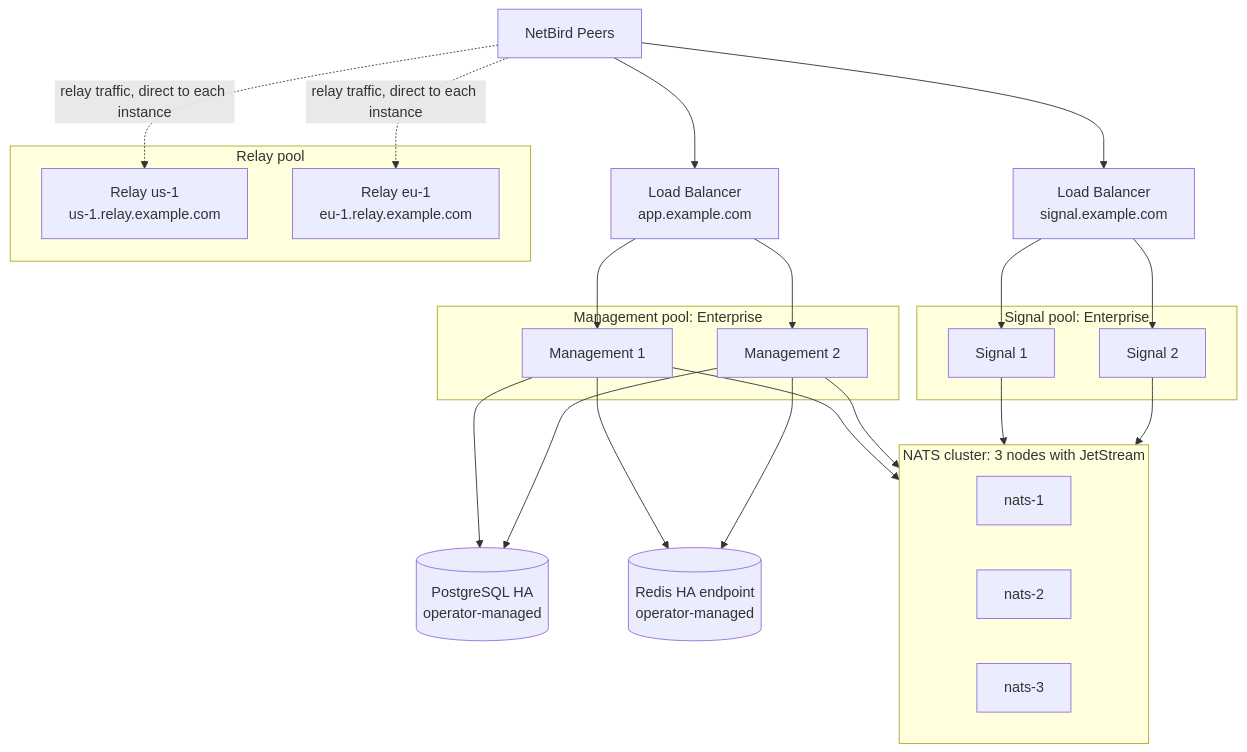
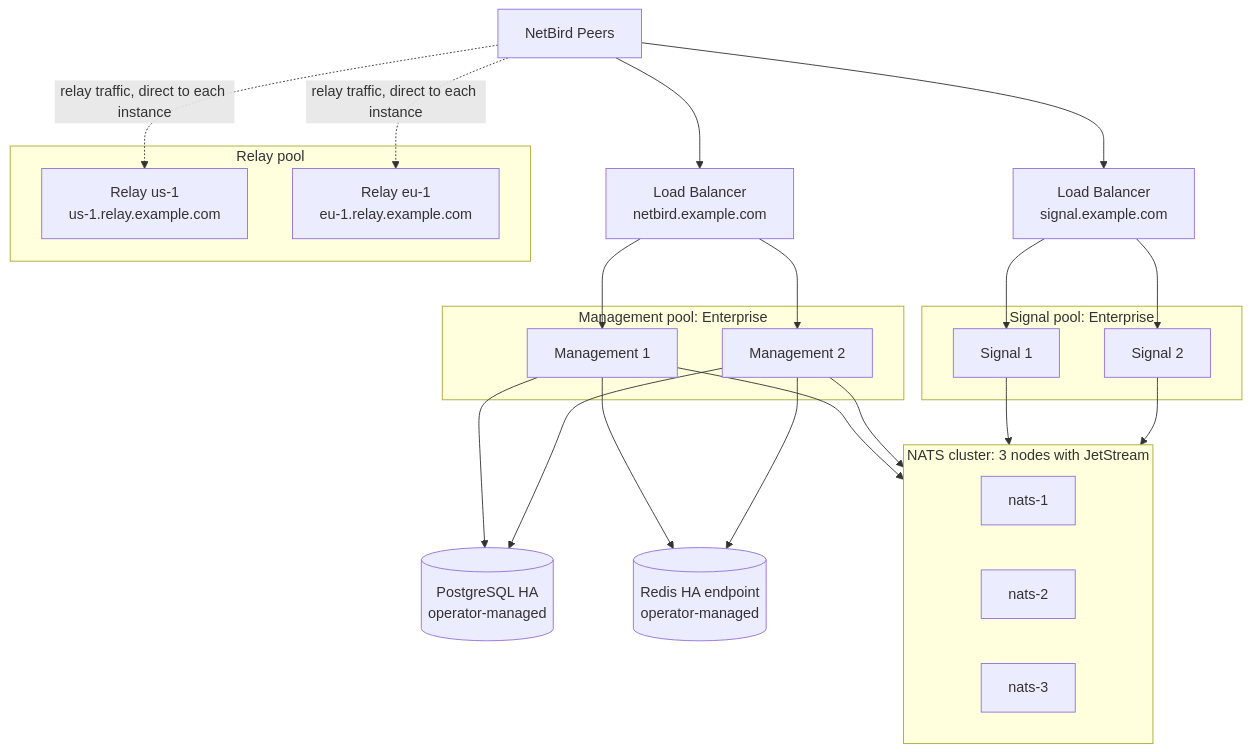
Before and after one commit to netbirdio/docs: the diagram in src/pages/selfhosted/maintenance/scaling/high-availability.mdx, drawn with Mermaid. The commit also changed other lines of this file, not shown here.

Commit message:
docs: use netbird.example.com for the Management domain, as the rest of the self-hosted docs do

````diff
--- a/src/pages/selfhosted/maintenance/scaling/high-availability.mdx
+++ b/src/pages/selfhosted/maintenance/scaling/high-availability.mdx
@@ -68,43 +68,43 @@
 ```mermaid
 flowchart TB
     Peers[NetBird Peers]
 
-    LBM[Load Balancer<br/>app.example.com]
+    LBM[Load Balancer<br/>netbird.example.com]
     LBS[Load Balancer<br/>signal.example.com]
 
     subgraph Mgmt[Management pool: Enterprise]
         M1[Management 1]
         M2[Management 2]
     end
 
     subgraph Sig[Signal pool: Enterprise]
         S1[Signal 1]
         S2[Signal 2]
     end
 
     subgraph Rel[Relay pool]
         R1[Relay us-1<br/>us-1.relay.example.com]
         R2[Relay eu-1<br/>eu-1.relay.example.com]
     end
 
     subgraph NATSC[NATS cluster: 3 nodes with JetStream]
         N1[nats-1]
         N2[nats-2]
         N3[nats-3]
     end
 
     PG[(PostgreSQL HA<br/>operator-managed)]
     RD[(Redis HA endpoint<br/>operator-managed)]
 
     Peers --> LBM
     Peers --> LBS
     Peers -.->|relay traffic, direct to each instance| R1 & R2
 
     LBM --> M1 & M2
     LBS --> S1 & S2
 
     M1 & M2 --> PG
     M1 & M2 --> RD
     M1 & M2 --> NATSC
     S1 & S2 --> NATSC
 ```
````
